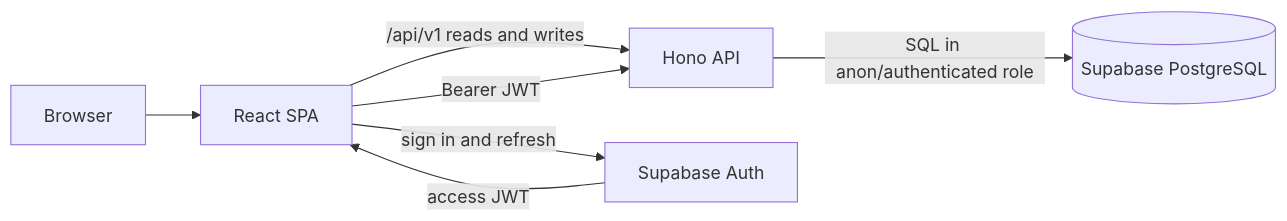
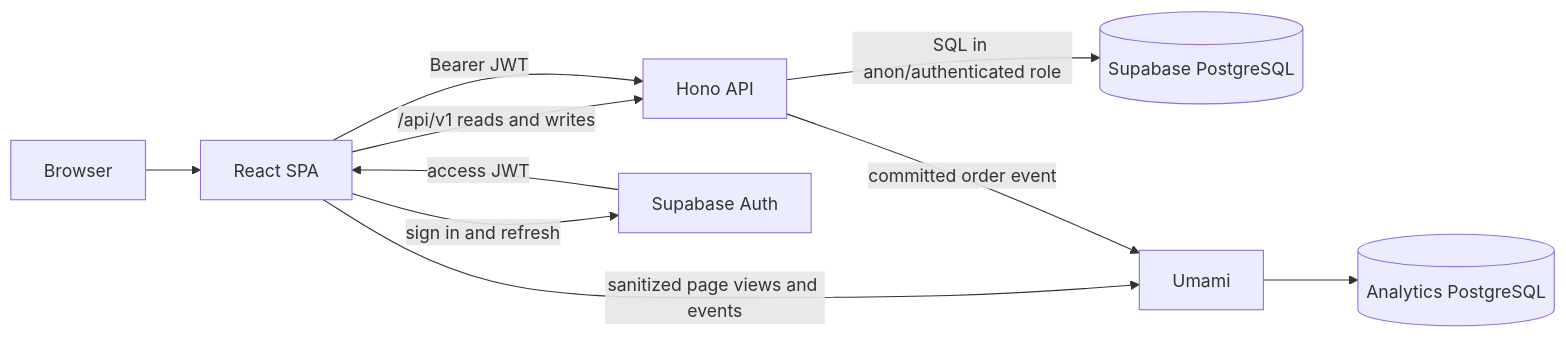
The diagram in README.md (agrayush13/laundry-lo-src), drawn with Mermaid before and after one commit. The commit also changed other lines of this file and 9 other files, not shown here.

````diff
--- a/README.md
+++ b/README.md
@@ -56,9 +57,12 @@
 ```mermaid
 flowchart LR
     Browser[Browser] --> UI[React SPA]
     UI -->|/api/v1 reads and writes| API[Hono API]
     API -->|SQL in anon/authenticated role| DB[(Supabase PostgreSQL)]
     UI -->|sign in and refresh| Auth[Supabase Auth]
     Auth -->|access JWT| UI
     UI -->|Bearer JWT| API
+    UI -->|sanitized page views and events| Analytics[Umami]
+    API -->|committed order event| Analytics
+    Analytics --> AnalyticsDB[(Analytics PostgreSQL)]
 ```
````
